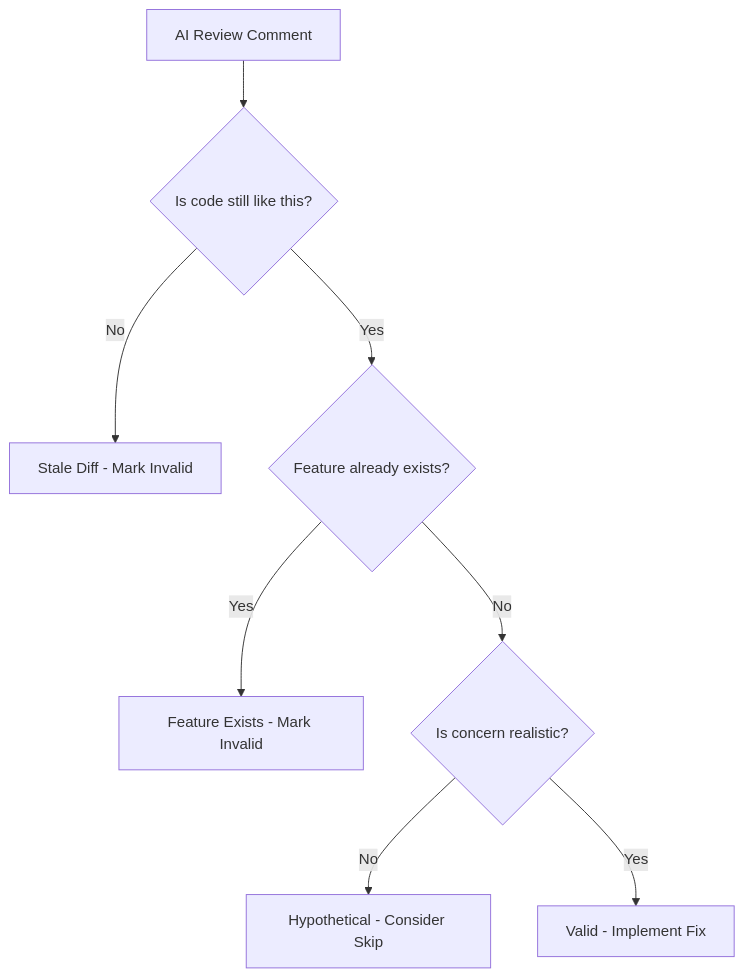
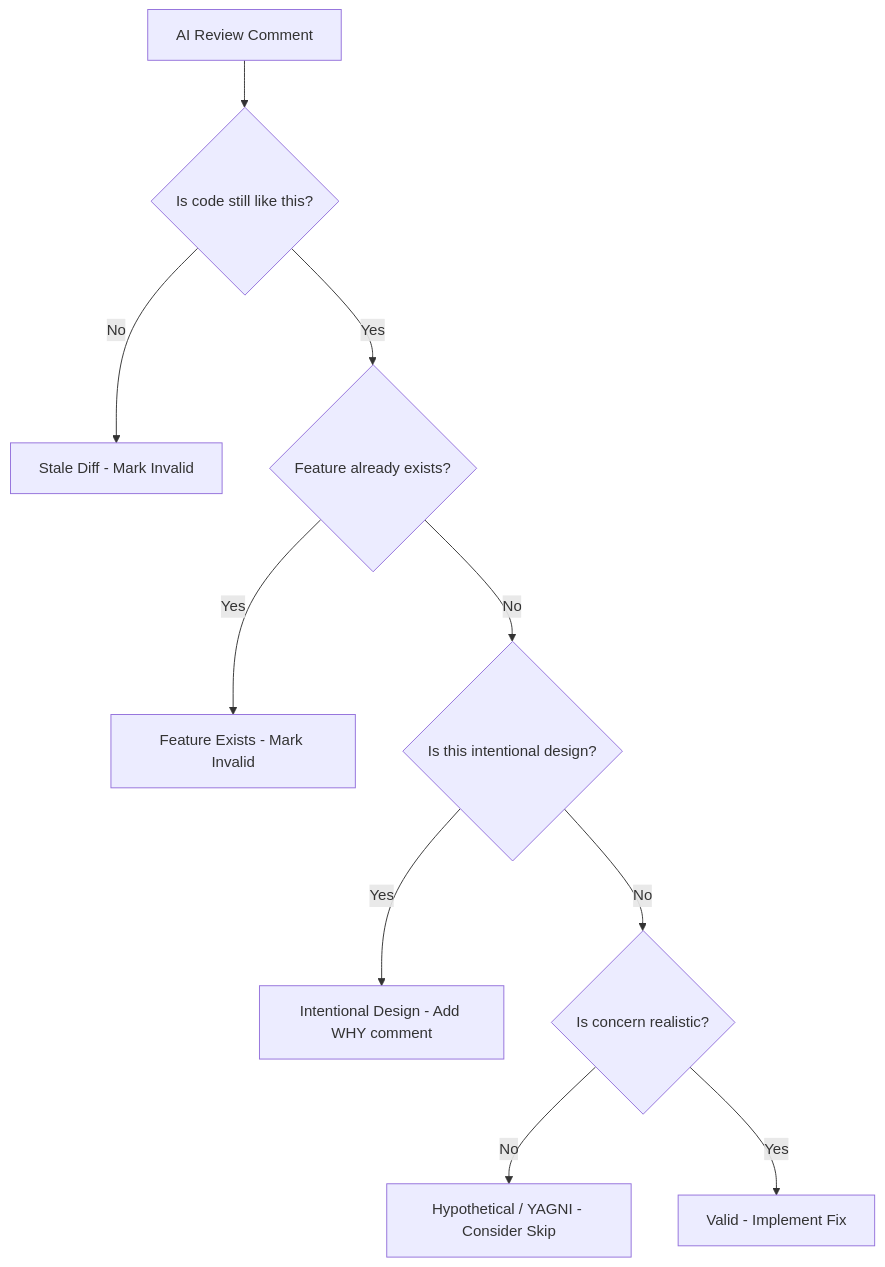
Before and after one commit to brandonwie/brandonwie.dev: the diagram in src/content/posts/en/ai-ml/ai-code-review-patterns.md, drawn with Mermaid. The commit also changed other lines of this file and 17 other files, not shown here.

````diff
--- a/src/content/posts/en/ai-ml/ai-code-review-patterns.md
+++ b/src/content/posts/en/ai-ml/ai-code-review-patterns.md
@@ -100,10 +209,12 @@
 ```mermaid
 flowchart TB
     Review["AI Review Comment"] --> Check{"Is code still like this?"}
     Check -->|No| Stale["Stale Diff - Mark Invalid"]
     Check -->|Yes| Exists{"Feature already exists?"}
     Exists -->|Yes| FE["Feature Exists - Mark Invalid"]
-    Exists -->|No| Valid{"Is concern realistic?"}
-    Valid -->|No| Hypo["Hypothetical - Consider Skip"]
+    Exists -->|No| Intent{"Is this intentional design?"}
+    Intent -->|Yes| ID["Intentional Design - Add WHY comment"]
+    Intent -->|No| Valid{"Is concern realistic?"}
+    Valid -->|No| Hypo["Hypothetical / YAGNI - Consider Skip"]
     Valid -->|Yes| Implement["Valid - Implement Fix"]
 ```
````
